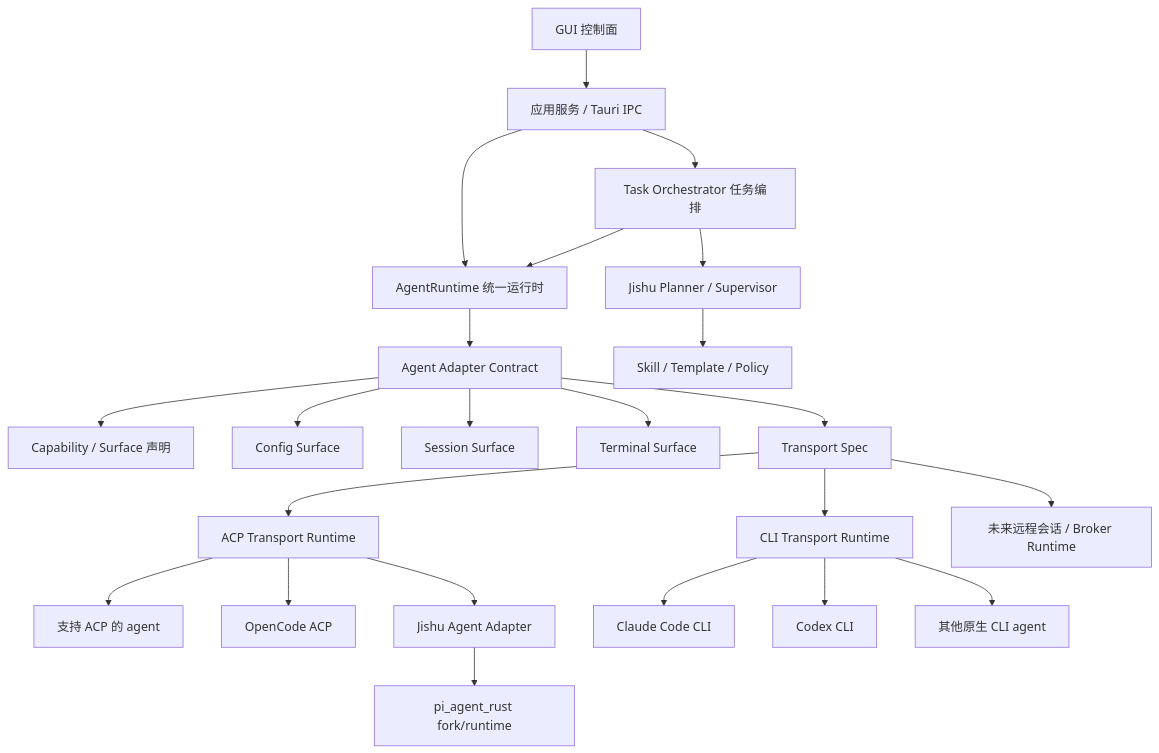
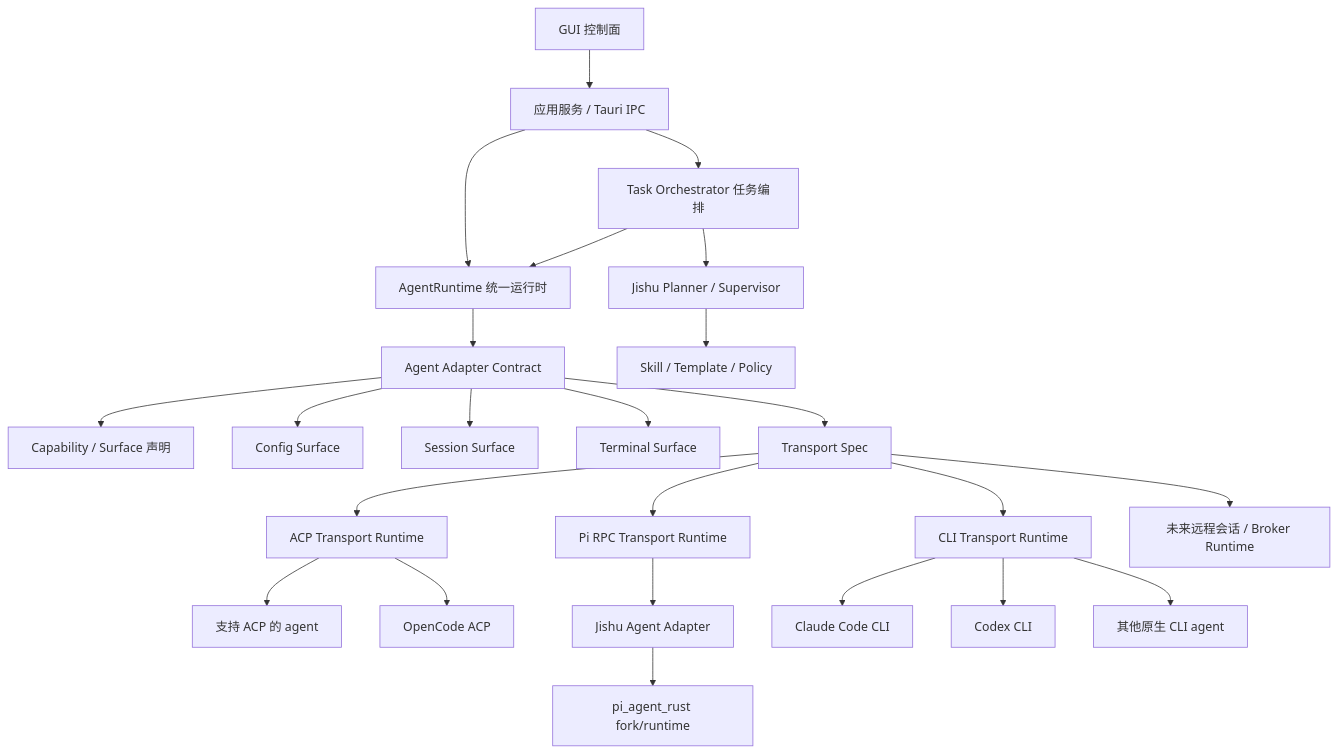
Before and after one commit to wang5766171/jishu-hub: the diagram in DEVELOP_READ.MD, drawn with Mermaid. The commit also changed other lines of this file and 8 other files, not shown here.

First line of the commit message:
qoder开发：PiRpc transport surface 化并同步架构文档

````diff
--- a/DEVELOP_READ.MD
+++ b/DEVELOP_READ.MD
@@ -26,29 +26,30 @@
 ```mermaid
 flowchart TD
     GUI["GUI 控制面"] --> AppSvc["应用服务 / Tauri IPC"]
     AppSvc --> AgentRuntime["AgentRuntime 统一运行时"]
     AppSvc --> TaskOrch["Task Orchestrator 任务编排"]
     TaskOrch --> AgentRuntime
 
     AgentRuntime --> Adapter["Agent Adapter Contract"]
     Adapter --> Cap["Capability / Surface 声明"]
     Adapter --> Config["Config Surface"]
     Adapter --> Session["Session Surface"]
     Adapter --> Terminal["Terminal Surface"]
     Adapter --> TransportSpec["Transport Spec"]
 
     TransportSpec --> AcpRuntime["ACP Transport Runtime"]
+    TransportSpec --> PiRpcRuntime["Pi RPC Transport Runtime"]
     TransportSpec --> CliRuntime["CLI Transport Runtime"]
     TransportSpec --> RemoteRuntime["未来远程会话 / Broker Runtime"]
 
     AcpRuntime --> ClaudeAcp["支持 ACP 的 agent"]
     AcpRuntime --> OpenCode["OpenCode ACP"]
-    AcpRuntime --> JishuSelf["Jishu Agent Adapter"]
+    PiRpcRuntime --> JishuSelf["Jishu Agent Adapter"]
     CliRuntime --> Claude["Claude Code CLI"]
     CliRuntime --> Codex["Codex CLI"]
     CliRuntime --> OtherCli["其他原生 CLI agent"]
 
     JishuSelf --> PiRust["pi_agent_rust fork/runtime"]
     TaskOrch --> JishuPlanner["Jishu Planner / Supervisor"]
     JishuPlanner --> SkillTpl["Skill / Template / Policy"]
 ```
````
